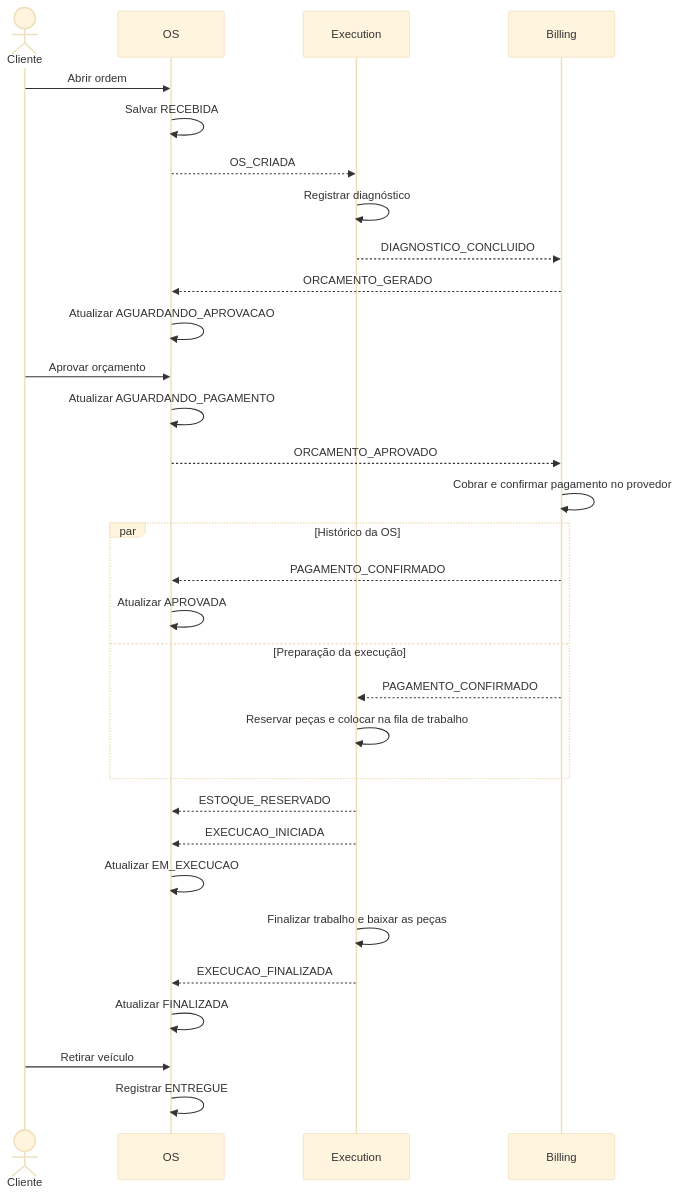
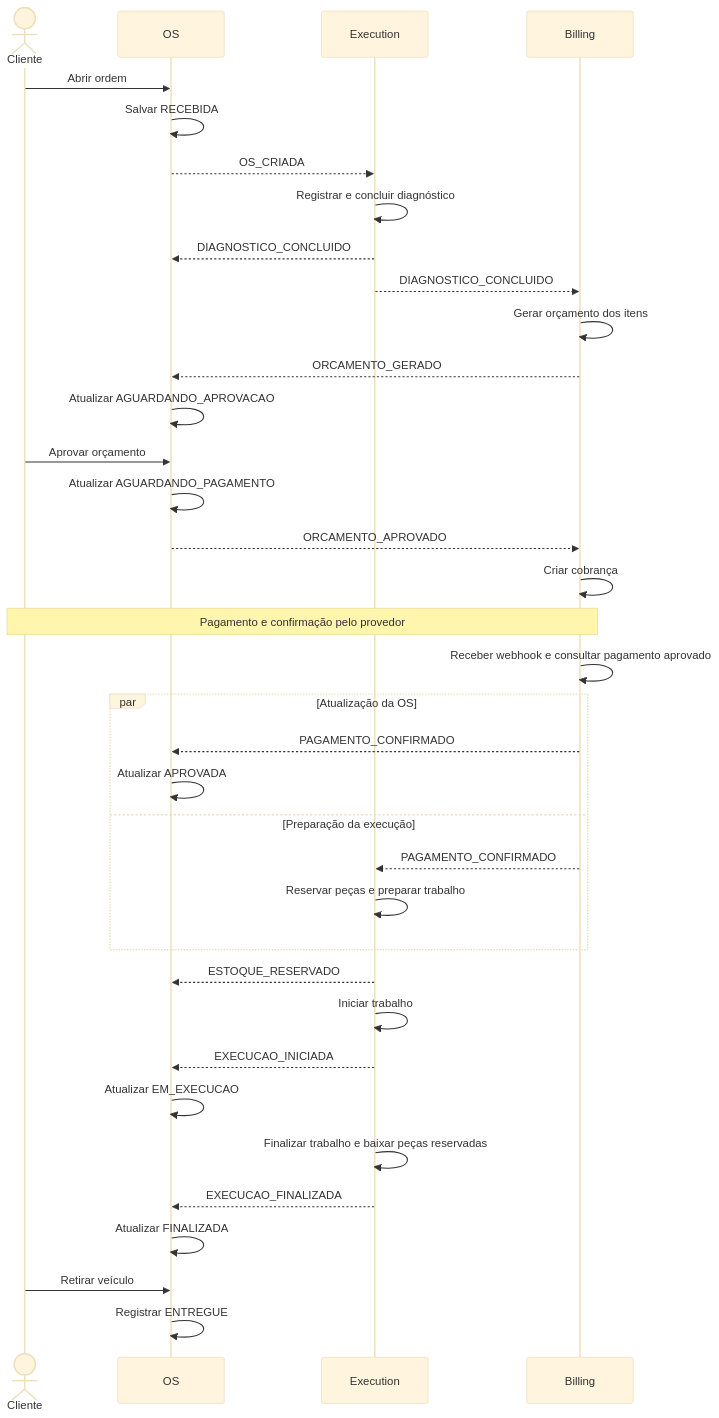
One commit to rafaelllsilva/fiap-fase3-infraestrutura changed the diagram in docs/saga.md. Above: the diagram before and after it, drawn with Mermaid (base theme). The commit also changed other lines of this file and 2 other files, not shown here.

````diff
--- a/docs/saga.md
+++ b/docs/saga.md
@@ -32,34 +50,39 @@
 ```mermaid
 sequenceDiagram
     actor C as Cliente
     participant OS as OS
     participant E as Execution
     participant B as Billing
 
     C->>OS: Abrir ordem
     OS->>OS: Salvar RECEBIDA
     OS-->>E: OS_CRIADA
-    E->>E: Registrar diagnóstico
+    E->>E: Registrar e concluir diagnóstico
+    E-->>OS: DIAGNOSTICO_CONCLUIDO
     E-->>B: DIAGNOSTICO_CONCLUIDO
+    B->>B: Gerar orçamento dos itens
     B-->>OS: ORCAMENTO_GERADO
     OS->>OS: Atualizar AGUARDANDO_APROVACAO
     C->>OS: Aprovar orçamento
     OS->>OS: Atualizar AGUARDANDO_PAGAMENTO
     OS-->>B: ORCAMENTO_APROVADO
-    B->>B: Cobrar e confirmar pagamento no provedor
-    par Histórico da OS
+    B->>B: Criar cobrança
+    Note over C,B: Pagamento e confirmação pelo provedor
+    B->>B: Receber webhook e consultar pagamento aprovado
+    par Atualização da OS
         B-->>OS: PAGAMENTO_CONFIRMADO
         OS->>OS: Atualizar APROVADA
     and Preparação da execução
         B-->>E: PAGAMENTO_CONFIRMADO
-        E->>E: Reservar peças e colocar na fila de trabalho
+        E->>E: Reservar peças e preparar trabalho
     end
     E-->>OS: ESTOQUE_RESERVADO
+    E->>E: Iniciar trabalho
     E-->>OS: EXECUCAO_INICIADA
     OS->>OS: Atualizar EM_EXECUCAO
-    E->>E: Finalizar trabalho e baixar as peças
+    E->>E: Finalizar trabalho e baixar peças reservadas
     E-->>OS: EXECUCAO_FINALIZADA
     OS->>OS: Atualizar FINALIZADA
     C->>OS: Retirar veículo
     OS->>OS: Registrar ENTREGUE
 ```
````
